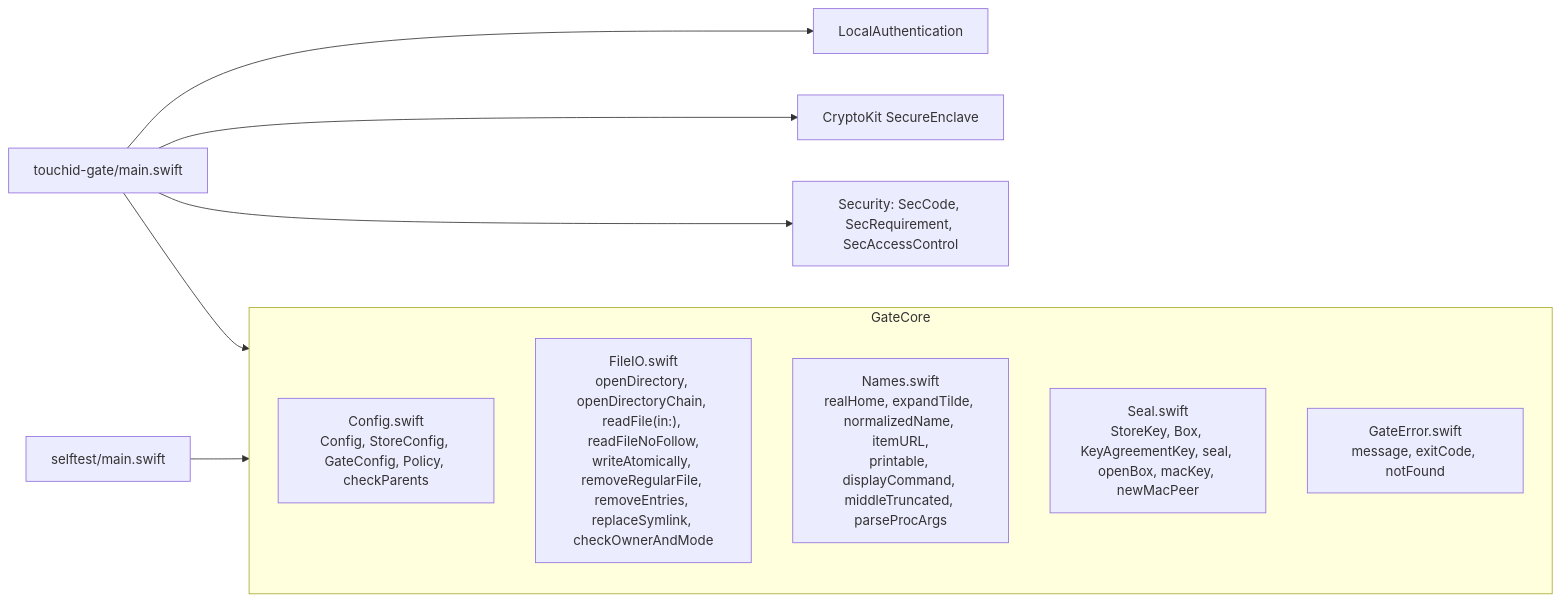
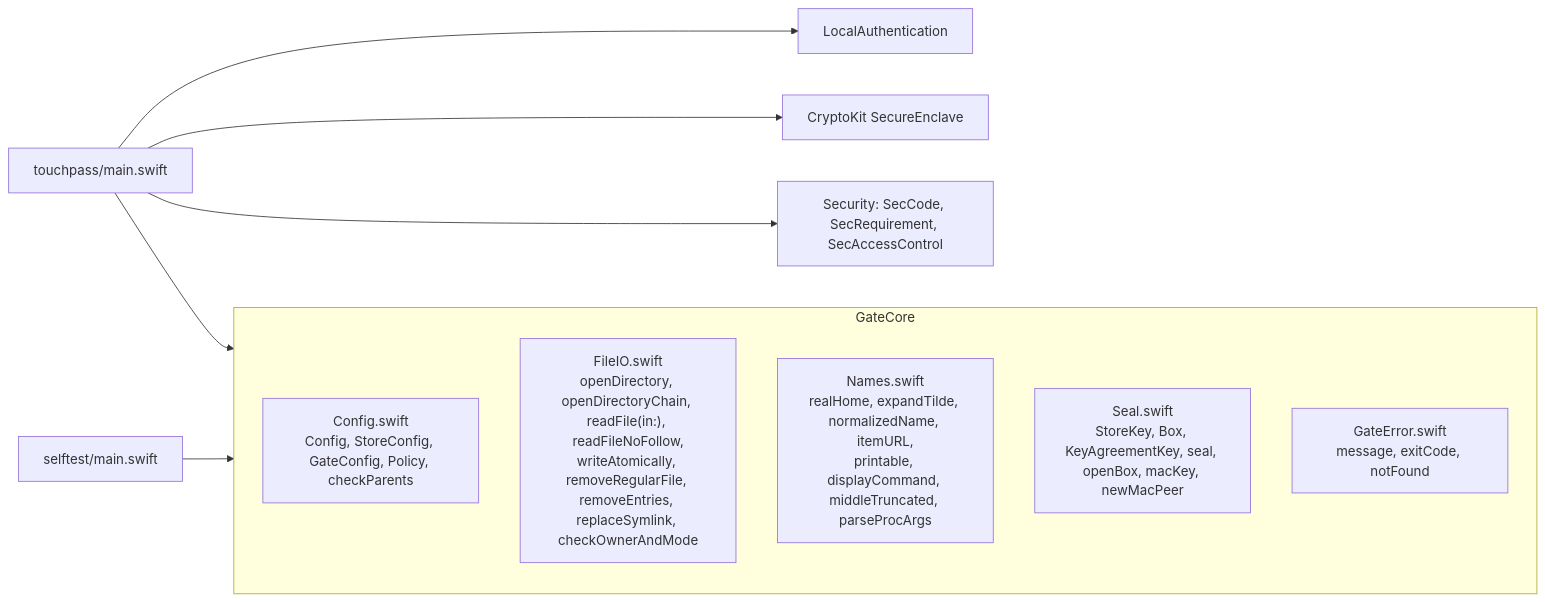
Before and after one commit to saefty/touchid-gate: the first of 4 diagrams in docs/ARCHITECTURE.md, drawn with Mermaid. The commit also changed other lines of this file and 12 other files, not shown here.

````diff
--- a/docs/ARCHITECTURE.md
+++ b/docs/ARCHITECTURE.md
@@ -27,15 +27,15 @@
 ```mermaid
 flowchart LR
   subgraph GateCore
     Config["Config.swift<br/>Config, StoreConfig, GateConfig, Policy, checkParents"]
     FileIO["FileIO.swift<br/>openDirectory, openDirectoryChain, readFile(in:), readFileNoFollow,<br/>writeAtomically, removeRegularFile, removeEntries, replaceSymlink, checkOwnerAndMode"]
     Names["Names.swift<br/>realHome, expandTilde, normalizedName, itemURL,<br/>printable, displayCommand, middleTruncated, parseProcArgs"]
     Seal["Seal.swift<br/>StoreKey, Box, KeyAgreementKey, seal, openBox, macKey, newMacPeer"]
     Err["GateError.swift<br/>message, exitCode, notFound"]
   end
-  Exe["touchid-gate/main.swift"] --> GateCore
+  Exe["touchpass/main.swift"] --> GateCore
   Test["selftest/main.swift"] --> GateCore
   Exe --> LA[LocalAuthentication]
   Exe --> SE[CryptoKit SecureEnclave]
   Exe --> Sec["Security: SecCode, SecRequirement, SecAccessControl"]
 ```
````
